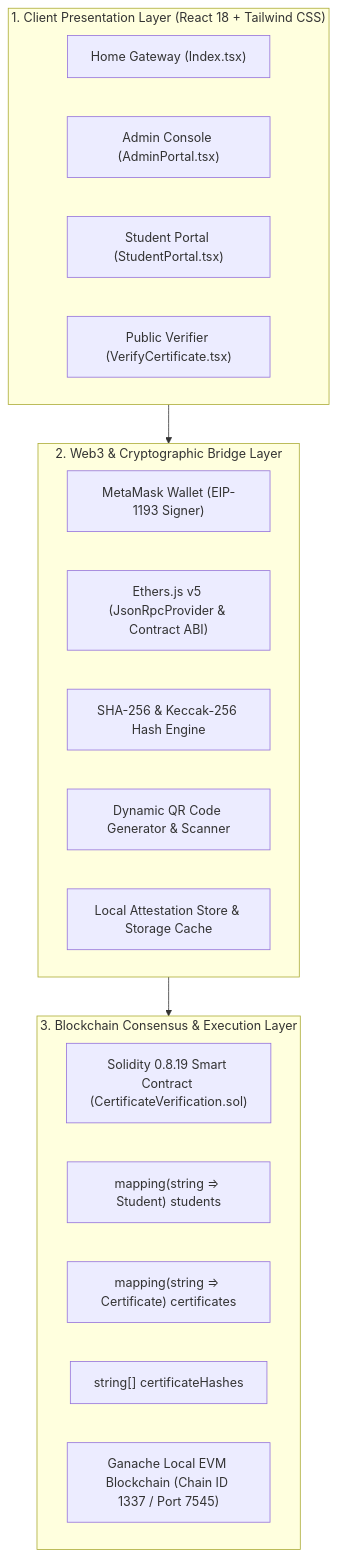
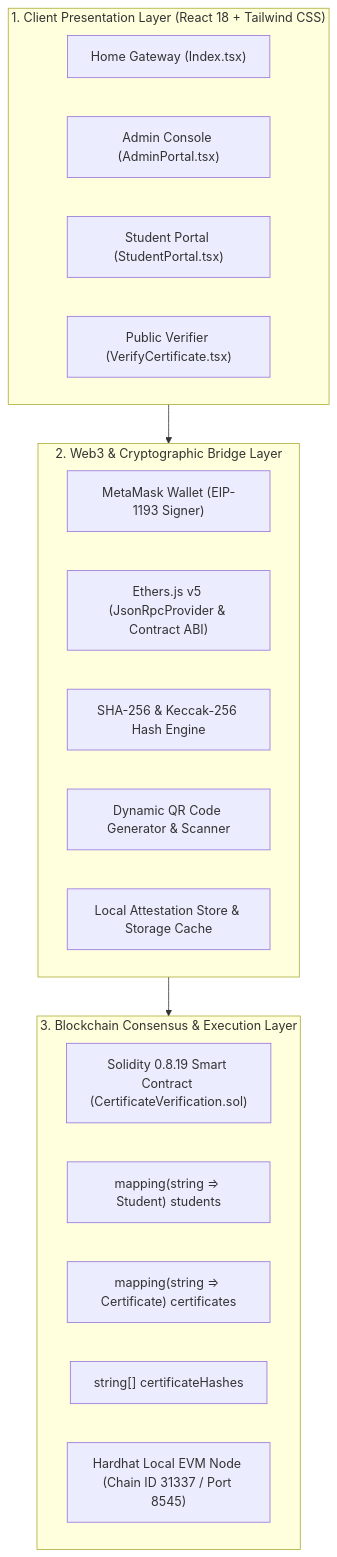
The first of 2 diagrams in docs/ARCHITECTURE.md (vishalbarai007/Certificate-Verifier), drawn with Mermaid before and after one commit. The commit also changed 22 other files, not shown here.

````diff
--- a/docs/ARCHITECTURE.md
+++ b/docs/ARCHITECTURE.md
@@ -9,28 +9,28 @@
 ```mermaid
 graph TD
     subgraph ClientLayer ["1. Client Presentation Layer (React 18 + Tailwind CSS)"]
         UI_Home["Home Gateway (Index.tsx)"]
         UI_Admin["Admin Console (AdminPortal.tsx)"]
         UI_Student["Student Portal (StudentPortal.tsx)"]
         UI_Verify["Public Verifier (VerifyCertificate.tsx)"]
     end
 
     subgraph Web3Bridge ["2. Web3 & Cryptographic Bridge Layer"]
         MetaMask["MetaMask Wallet (EIP-1193 Signer)"]
         EthersJS["Ethers.js v5 (JsonRpcProvider & Contract ABI)"]
         HashEngine["SHA-256 & Keccak-256 Hash Engine"]
         QRService["Dynamic QR Code Generator & Scanner"]
         AppContext["Local Attestation Store & Storage Cache"]
     end
 
     subgraph ConsensusLayer ["3. Blockchain Consensus & Execution Layer"]
         SC["Solidity 0.8.19 Smart Contract (CertificateVerification.sol)"]
         StateStudents["mapping(string => Student) students"]
         StateCerts["mapping(string => Certificate) certificates"]
         StateHashes["string[] certificateHashes"]
-        Ganache["Ganache Local EVM Blockchain (Chain ID 1337 / Port 7545)"]
+        Hardhat["Hardhat Local EVM Node (Chain ID 31337 / Port 8545)"]
     end
 
     ClientLayer --> Web3Bridge
     Web3Bridge --> ConsensusLayer
 ```
````
